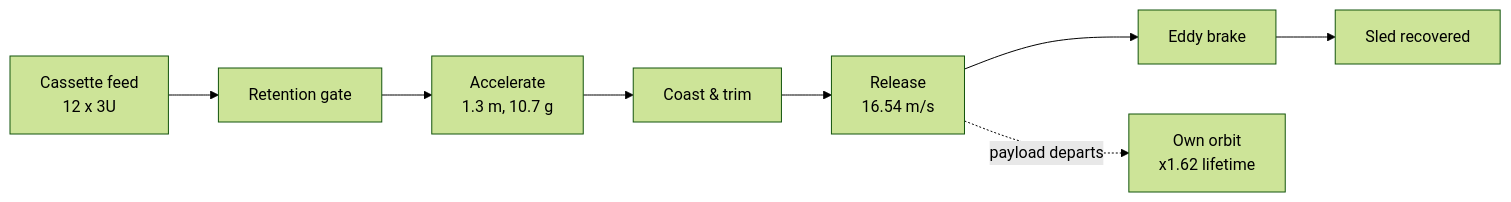
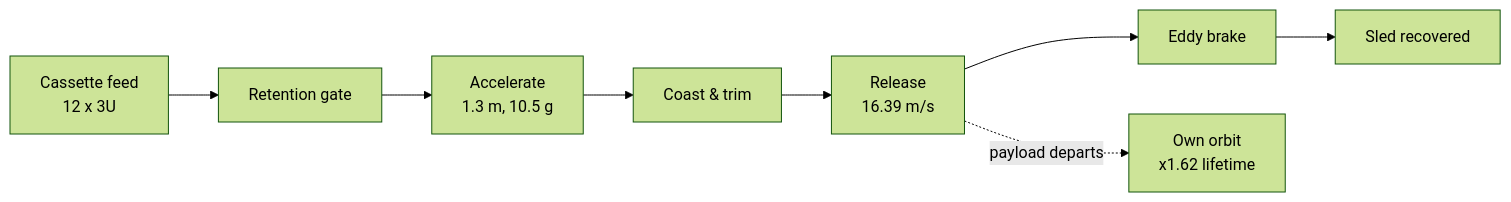
One commit to aaaaaaaaaaaavm/EMOCD changed the first of 3 diagrams in wiki/Home.md. Above: the diagram before and after it, drawn with Mermaid (forest theme). The commit also changed other lines of this file and 39 other files, not shown here.

````diff
--- a/wiki/Home.md
+++ b/wiki/Home.md
@@ -48,10 +48,10 @@
 ```mermaid
 flowchart LR
     A["Cassette feed<br/>12 x 3U"] --> B["Retention gate"]
-    B --> C["Accelerate<br/>1.3 m, 10.7 g"]
+    B --> C["Accelerate<br/>1.3 m, 10.5 g"]
     C --> D["Coast &amp; trim"]
-    D --> E["Release<br/>16.54 m/s"]
+    D --> E["Release<br/>16.39 m/s"]
     E --> F["Eddy brake"]
     F --> G["Sled recovered"]
     E -.->|"payload departs"| H["Own orbit<br/>x1.62 lifetime"]
 ```
````
